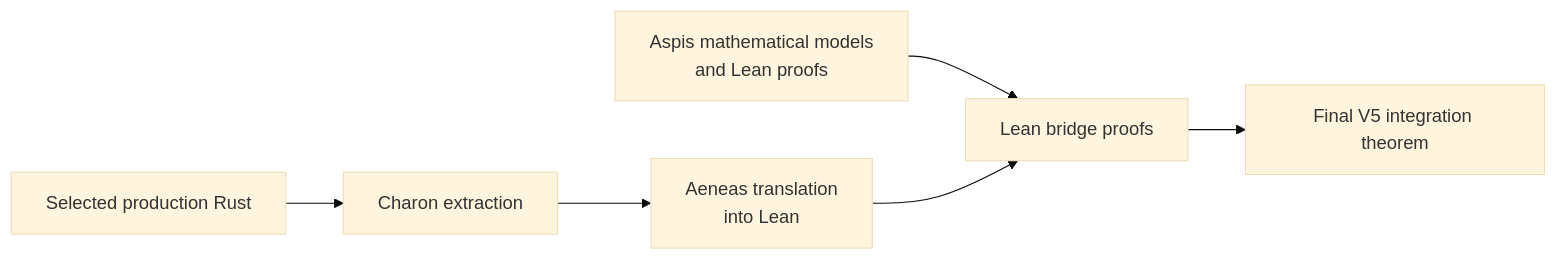
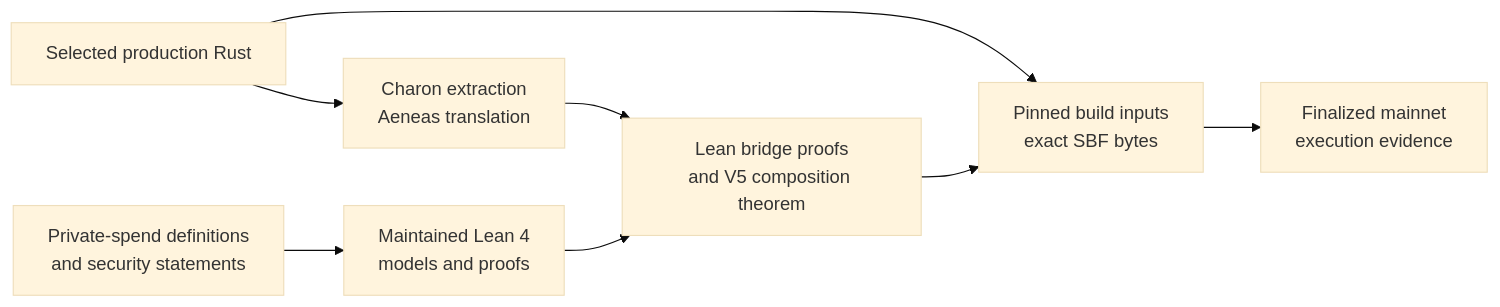
One commit to DJBarker87/aspis changed the diagram in docs/formal-verification.md. Above: the diagram before and after it, drawn with Mermaid (base theme). The commit also changed other lines of this file and 20 other files, not shown here.

Commit message:
docs: present the evidence chain from Lean to mainnet

````diff
--- a/docs/formal-verification.md
+++ b/docs/formal-verification.md
@@ -11,15 +7,18 @@
 ```mermaid
 flowchart LR
-    M["Aspis mathematical models<br/>and Lean proofs"]
+    D["Private-spend definitions<br/>and security statements"]
+    L["Maintained Lean 4<br/>models and proofs"]
     R["Selected production Rust"]
-    C["Charon extraction"]
-    A["Aeneas translation<br/>into Lean"]
-    B["Lean bridge proofs"]
-    V["Final V5 integration theorem"]
+    T["Charon extraction<br/>Aeneas translation"]
+    P["Lean bridge proofs<br/>and V5 composition theorem"]
+    B["Pinned build inputs<br/>exact SBF bytes"]
+    X["Finalized mainnet<br/>execution evidence"]
 
-    M --> B
-    R --> C
-    C --> A
-    A --> B
-    B --> V
+    D --> L
+    R --> T
+    T --> P
+    L --> P
+    R --> B
+    P --> B
+    B --> X
 ```
````
